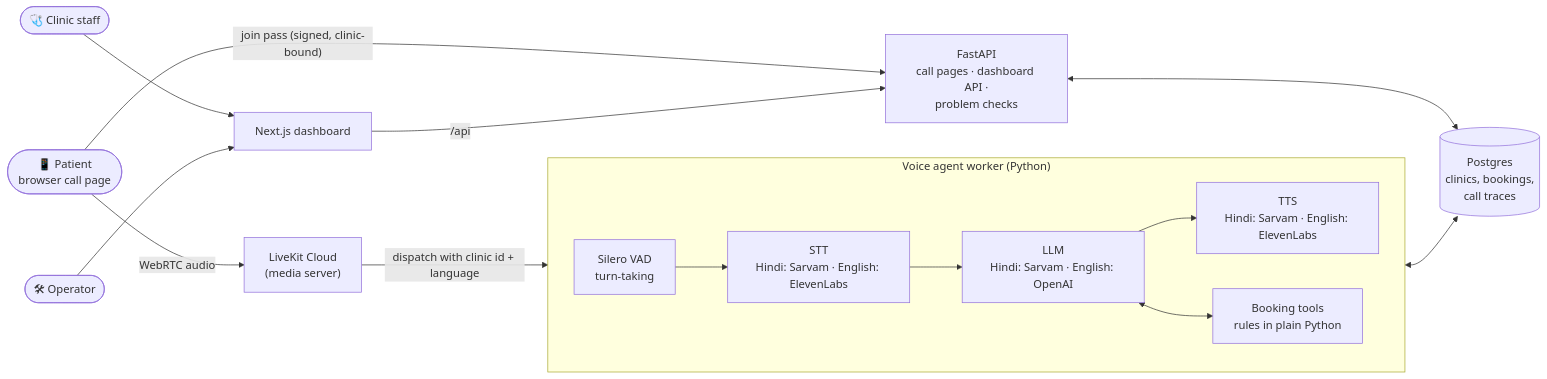
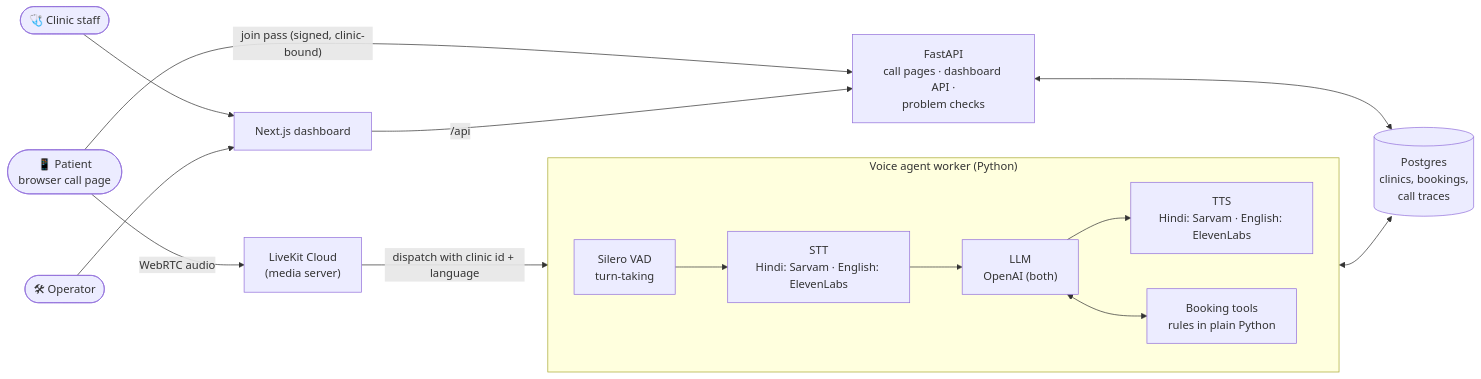
One commit to Harsh251005/clinic-voice-agent changed the diagram in README.md. Above: the diagram before and after it, drawn with Mermaid. The commit also changed other lines of this file and 11 other files, not shown here.

First line of the commit message:
feat(lines): the Hindi line's LLM is OpenAI for now (Sarvam ears and voice)

````diff
--- a/README.md
+++ b/README.md
@@ -43,17 +43,17 @@
 ```mermaid
 flowchart LR
     caller(["📱 Patient<br/>browser call page"]) -- WebRTC audio --> lk["LiveKit Cloud<br/>(media server)"]
     lk -- dispatch with clinic id + language --> worker
 
     subgraph worker["Voice agent worker (Python)"]
         direction LR
-        vad["Silero VAD<br/>turn-taking"] --> stt["STT<br/>Hindi: Sarvam · English: ElevenLabs"] --> llm["LLM<br/>Hindi: Sarvam · English: OpenAI"] --> tts["TTS<br/>Hindi: Sarvam · English: ElevenLabs"]
+        vad["Silero VAD<br/>turn-taking"] --> stt["STT<br/>Hindi: Sarvam · English: ElevenLabs"] --> llm["LLM<br/>OpenAI (both)"] --> tts["TTS<br/>Hindi: Sarvam · English: ElevenLabs"]
         llm <--> tools["Booking tools<br/>rules in plain Python"]
     end
 
     tools <--> db[("Postgres<br/>clinics, bookings,<br/>call traces")]
     api["FastAPI<br/>call pages · dashboard API ·<br/>problem checks"] <--> db
     caller -- "join pass (signed, clinic-bound)" --> api
     staff(["🩺 Clinic staff"]) --> web["Next.js dashboard"] -- /api --> api
     ops(["🛠 Operator"]) --> web
 ```
````
